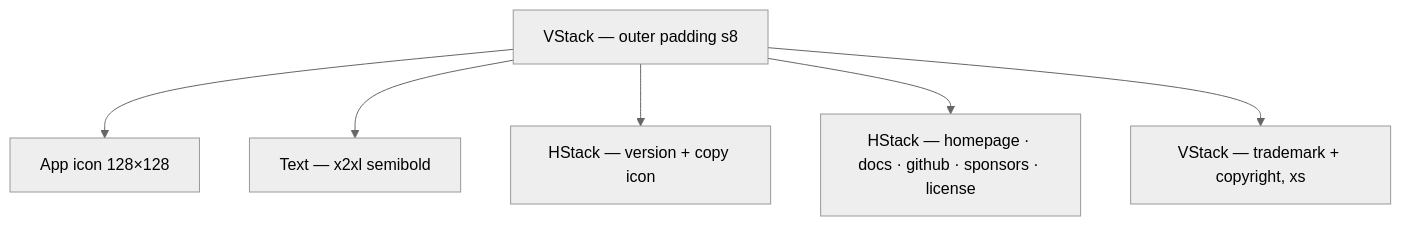
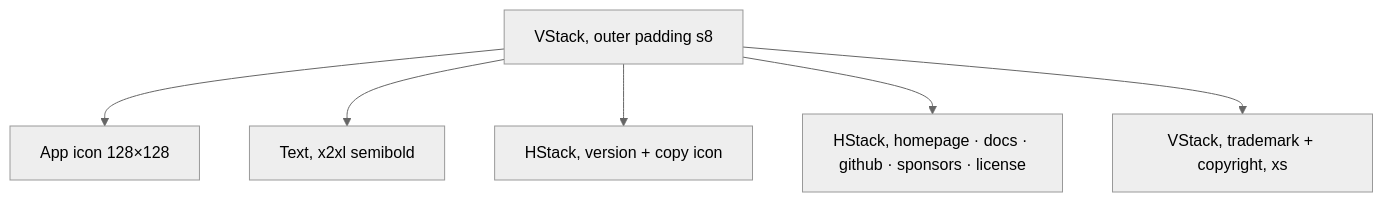
Before and after one commit to MrDemonWolf/WolfWave: the diagram in design-system/components/about-view.md, drawn with Mermaid (neutral theme). The commit also changed other lines of this file and 152 other files, not shown here.

````diff
--- a/design-system/components/about-view.md
+++ b/design-system/components/about-view.md
@@ -22,8 +22,8 @@
 ```mermaid
 graph TD
-  Root[VStack — outer padding s8] --> Icon[App icon 128×128]
-  Root --> Name[Text — x2xl semibold]
-  Root --> Version[HStack — version + copy icon]
-  Root --> Links[HStack — homepage · docs · github · sponsors · license]
-  Root --> Footer[VStack — trademark + copyright, xs]
+  Root[VStack, outer padding s8] --> Icon[App icon 128×128]
+  Root --> Name[Text, x2xl semibold]
+  Root --> Version[HStack, version + copy icon]
+  Root --> Links[HStack, homepage · docs · github · sponsors · license]
+  Root --> Footer[VStack, trademark + copyright, xs]
 ```
````
